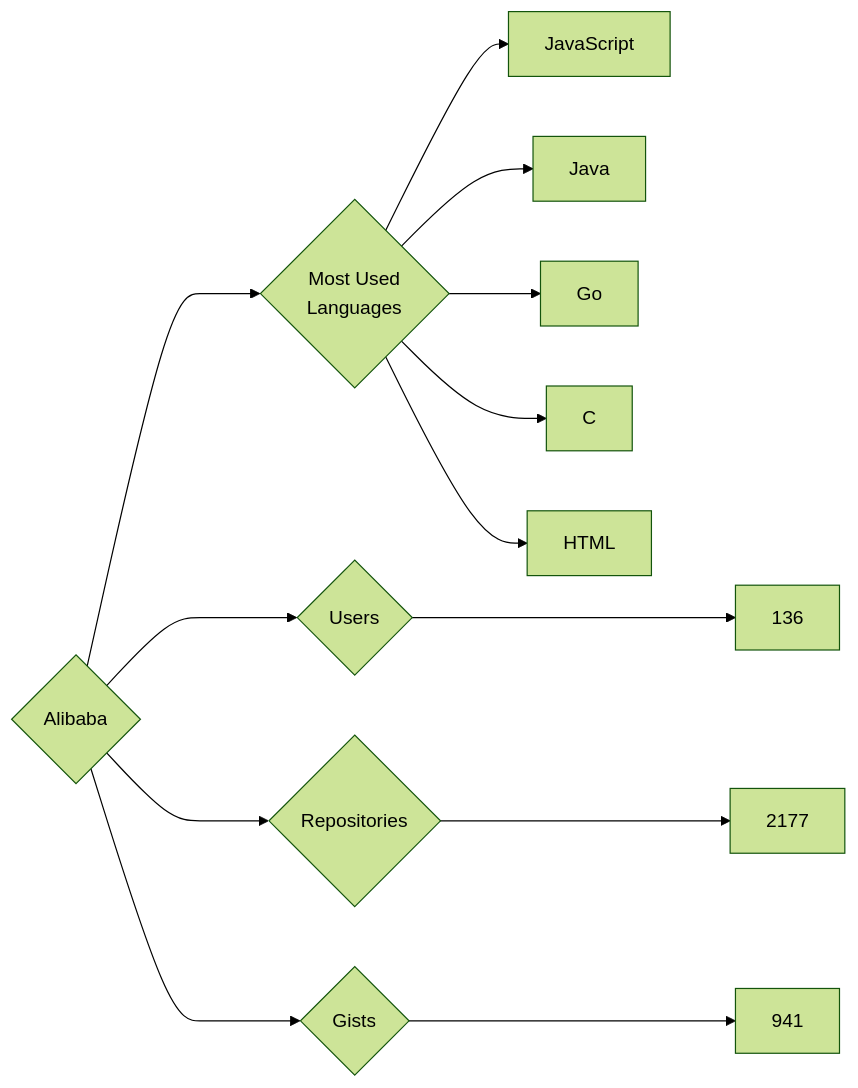
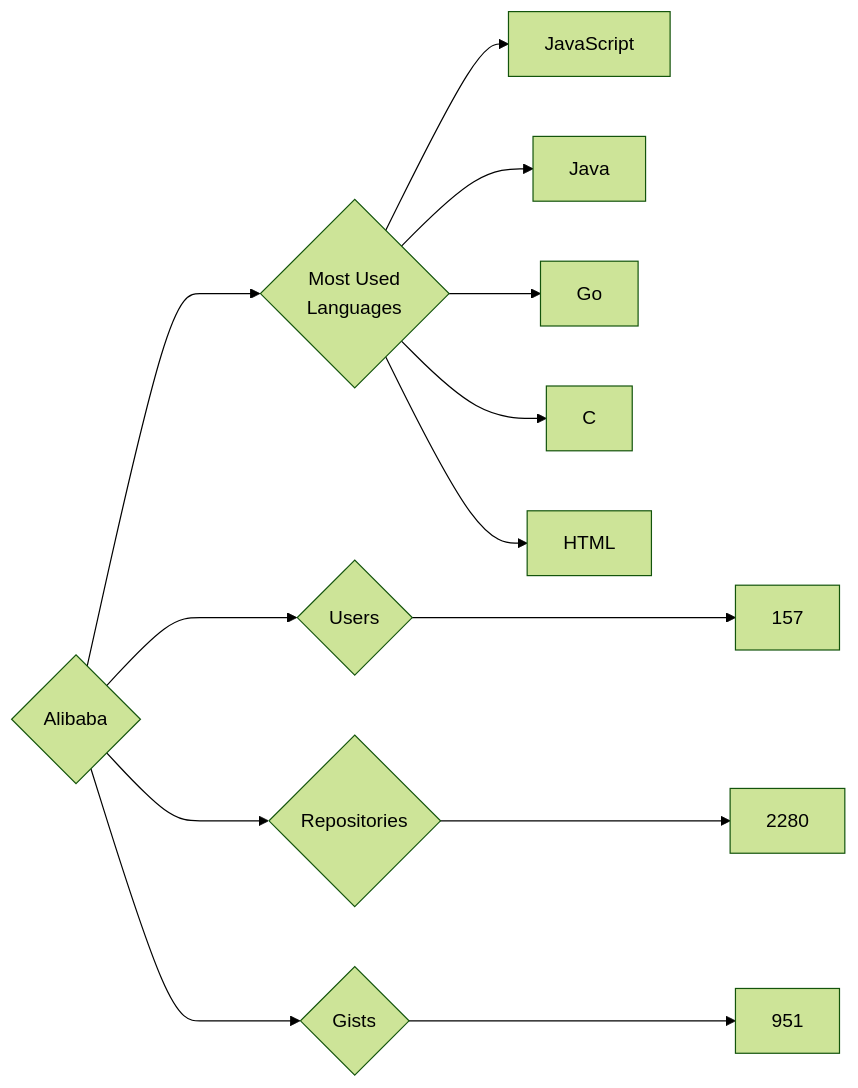
One commit to trickest/insiders changed the diagram in targets/Alibaba/README.md. Above: the diagram before and after it, drawn with Mermaid (forest theme). The commit also changed 714 other files, not shown here.

````diff
--- a/targets/Alibaba/README.md
+++ b/targets/Alibaba/README.md
@@ -3,13 +3,13 @@
 ```mermaid
 graph LR
 COMPANY_NAME{Alibaba}
-COMPANY_NAME ---> U{Users} ---> UN[136]
-COMPANY_NAME ---> R{Repositories} ---> RN[2177]
-COMPANY_NAME ---> G{Gists} ---> GN[941]
+COMPANY_NAME ---> U{Users} ---> UN[157]
+COMPANY_NAME ---> R{Repositories} ---> RN[2280]
+COMPANY_NAME ---> G{Gists} ---> GN[951]
 COMPANY_NAME ---> ML{Most Used<br>Languages}
 ML --> JavaScript[JavaScript]
 ML --> Java[Java]
 ML --> Go[Go]
 ML --> C[C]
 ML --> HTML[HTML]
 ```
````
